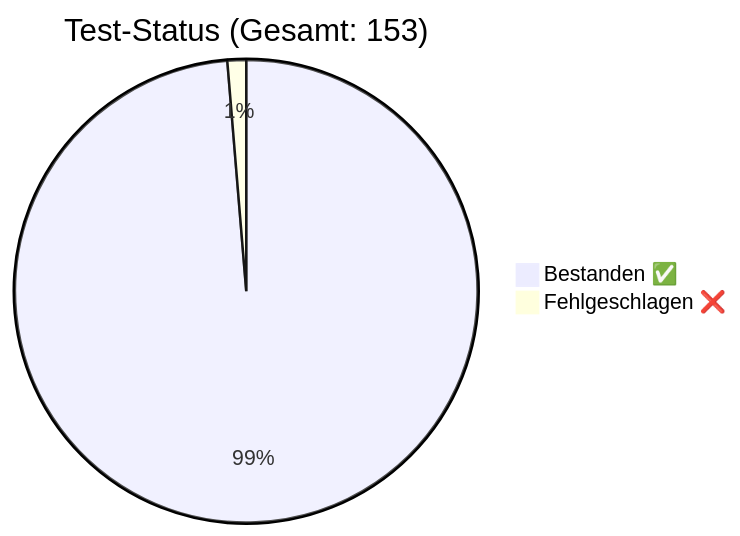
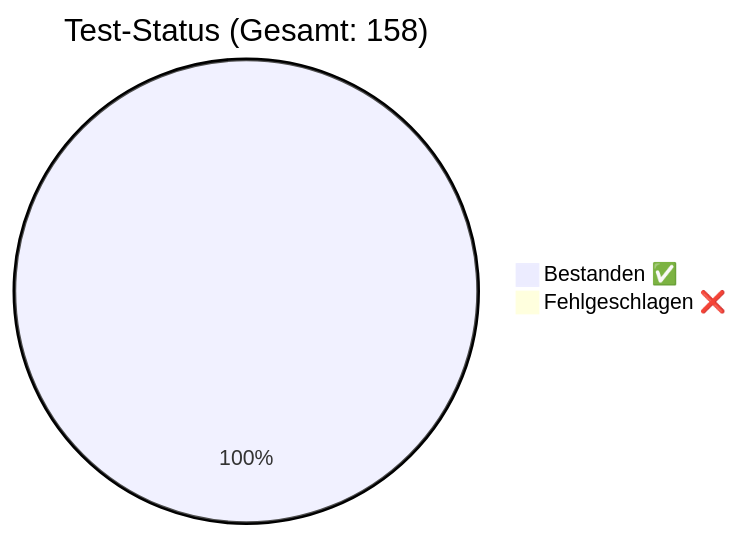
One commit to rorila/GCS changed the diagram in docs/QA_Report.md. Above: the diagram before and after it, drawn with Mermaid. The commit also changed other lines of this file and 5 other files, not shown here.

````diff
--- a/docs/QA_Report.md
+++ b/docs/QA_Report.md
@@ -7,5 +7,5 @@
 ```mermaid
-pie title Test-Status (Gesamt: 153)
-    "Bestanden ✅" : 151
-    "Fehlgeschlagen ❌" : 2
+pie title Test-Status (Gesamt: 158)
+    "Bestanden ✅" : 158
+    "Fehlgeschlagen ❌" : 0
 ```
````
